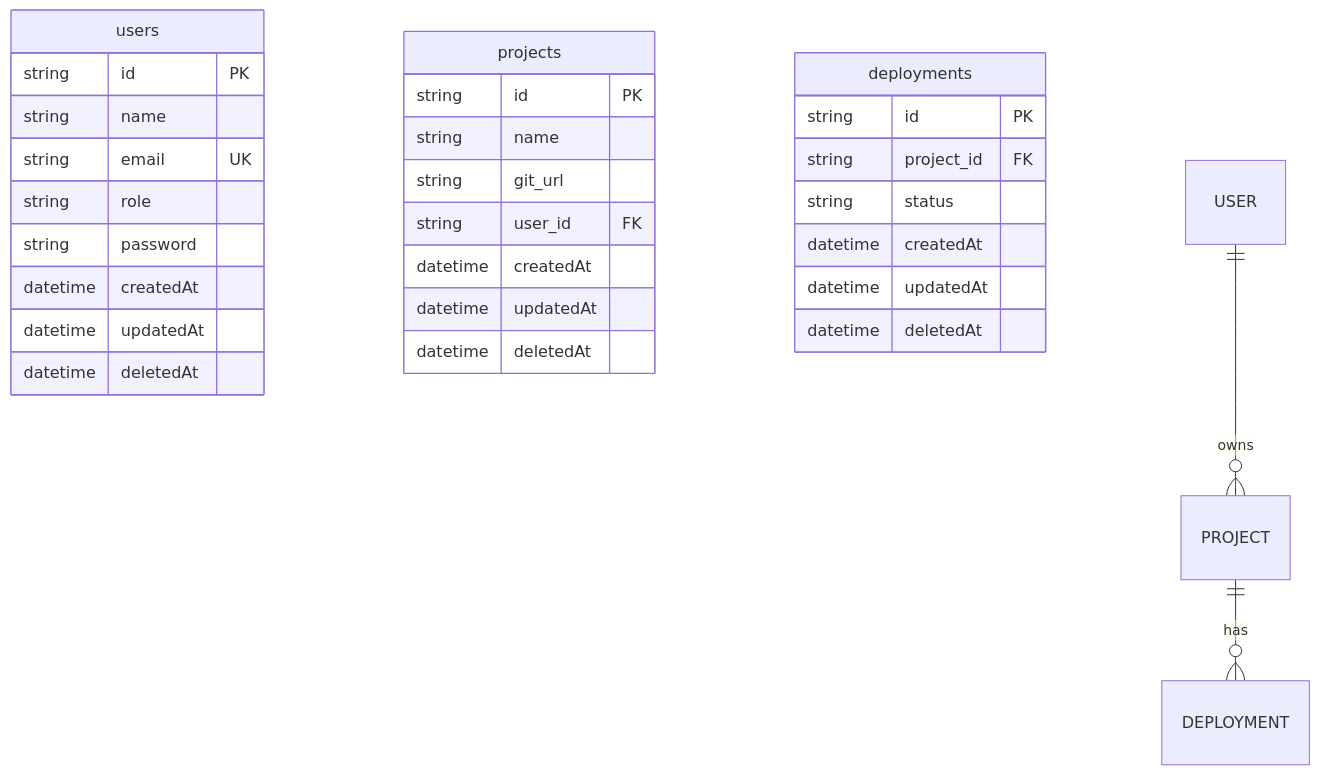
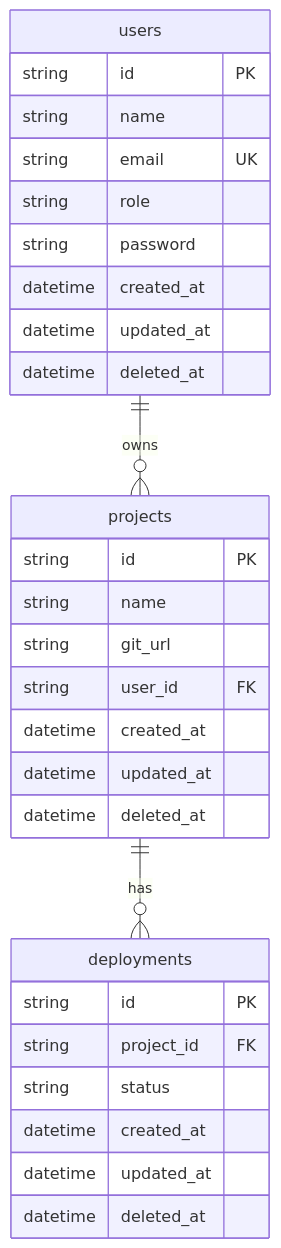
Before and after one commit to Aarushi-GKMIT/deployment-pipeline-usecases-docs: the diagram in docs/data-modelling/tables-and-er-diagram.md, drawn with Mermaid.

Commit message:
changed names of field acc to convention

````diff
--- a/docs/data-modelling/tables-and-er-diagram.md
+++ b/docs/data-modelling/tables-and-er-diagram.md
@@ -59,35 +59,35 @@
 ```mermaid
 erDiagram
     users {
         string id PK
         string name
         string email UK
         string role
         string password
-        datetime createdAt
-        datetime updatedAt
-        datetime deletedAt
+        datetime created_at
+        datetime updated_at
+        datetime deleted_at
     }
 
     projects {
         string id PK
         string name
         string git_url
         string user_id FK
-        datetime createdAt
-        datetime updatedAt
-        datetime deletedAt
+        datetime created_at
+        datetime updated_at
+        datetime deleted_at
     }
 
     deployments {
         string id PK
         string project_id FK
         string status
-        datetime createdAt
-        datetime updatedAt
-        datetime deletedAt
+        datetime created_at
+        datetime updated_at
+        datetime deleted_at
     }
 
-    USER ||--o{ PROJECT : owns
-    PROJECT ||--o{ DEPLOYMENT : has
+    users ||--o{ projects : owns
+    projects ||--o{ deployments : has
 ```
````
